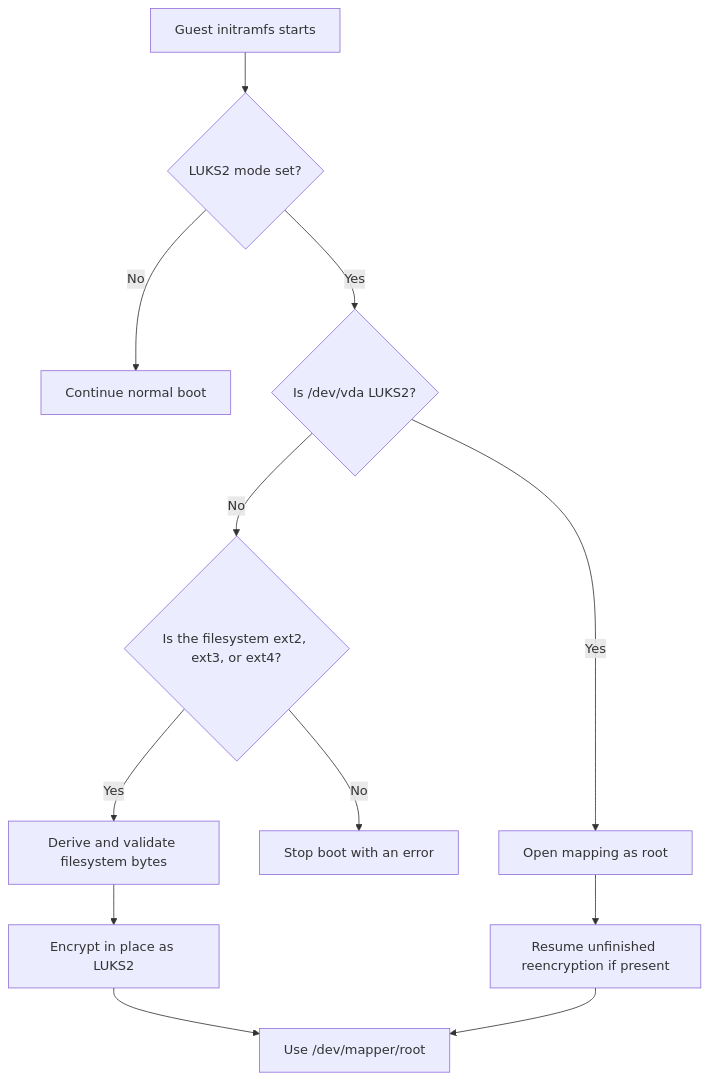
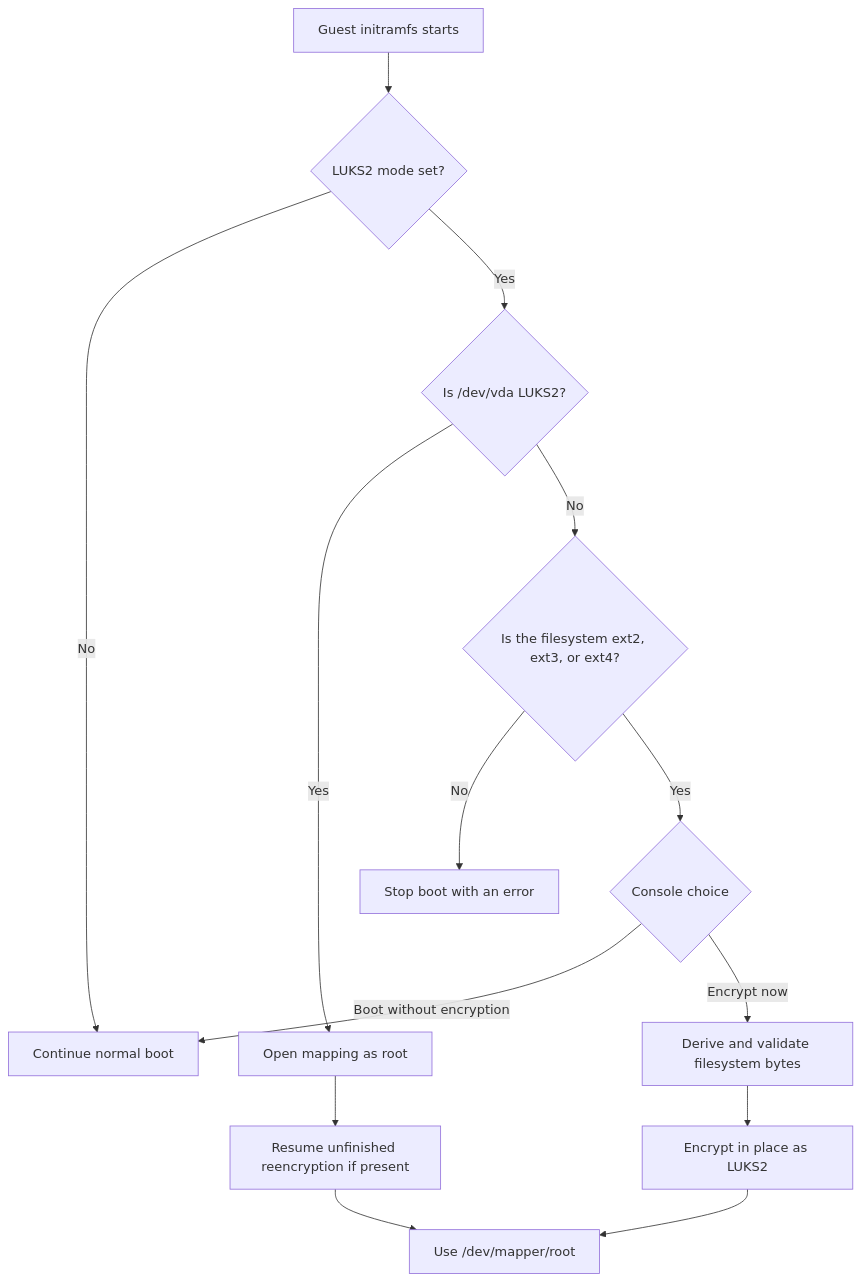
Before and after one commit to frappe/atlas: the second of 4 diagrams in docs/compute/disk-encryption.md, drawn with Mermaid. The commit also changed other lines of this file and 2 other files, not shown here.

Commit message:
feat(atlas): Offer first boot encryption choice

````diff
--- a/docs/compute/disk-encryption.md
+++ b/docs/compute/disk-encryption.md
@@ -50,14 +50,16 @@
 ```mermaid
 flowchart TD
     S[Guest initramfs starts] --> M{LUKS2 mode set?}
     M -->|No| N[Continue normal boot]
     M -->|Yes| D{Is /dev/vda LUKS2?}
     D -->|Yes| O[Open mapping as root]
     O --> Q[Resume unfinished reencryption if present]
     D -->|No| F{Is the filesystem ext2, ext3, or ext4?}
     F -->|No| X[Stop boot with an error]
-    F -->|Yes| G[Derive and validate filesystem bytes]
-    G --> C[Encrypt in place as LUKS2]
-    C --> R[Use /dev/mapper/root]
+    F -->|Yes| CH{Console choice}
+    CH -->|Boot without encryption| N
+    CH -->|Encrypt now| G[Derive and validate filesystem bytes]
+    G --> EN[Encrypt in place as LUKS2]
+    EN --> R[Use /dev/mapper/root]
     Q --> R
 ```
````
